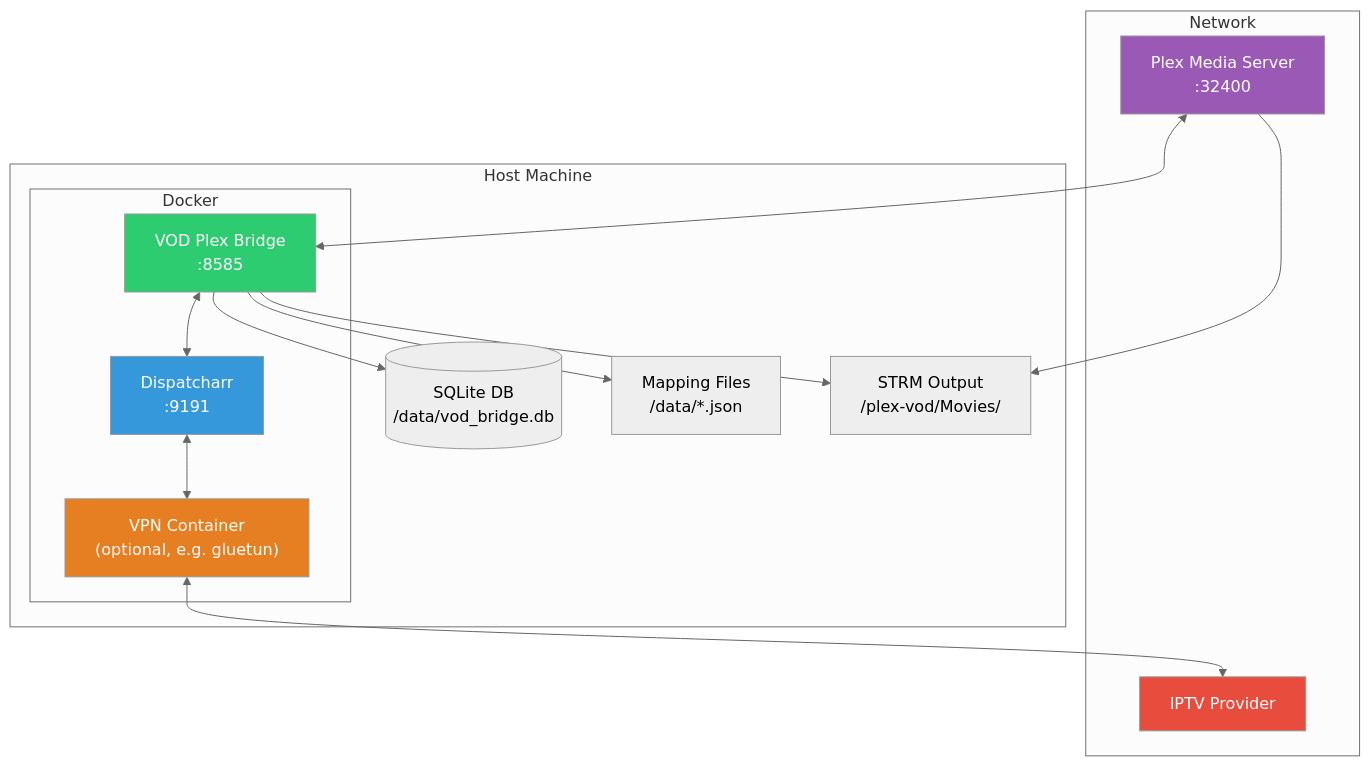
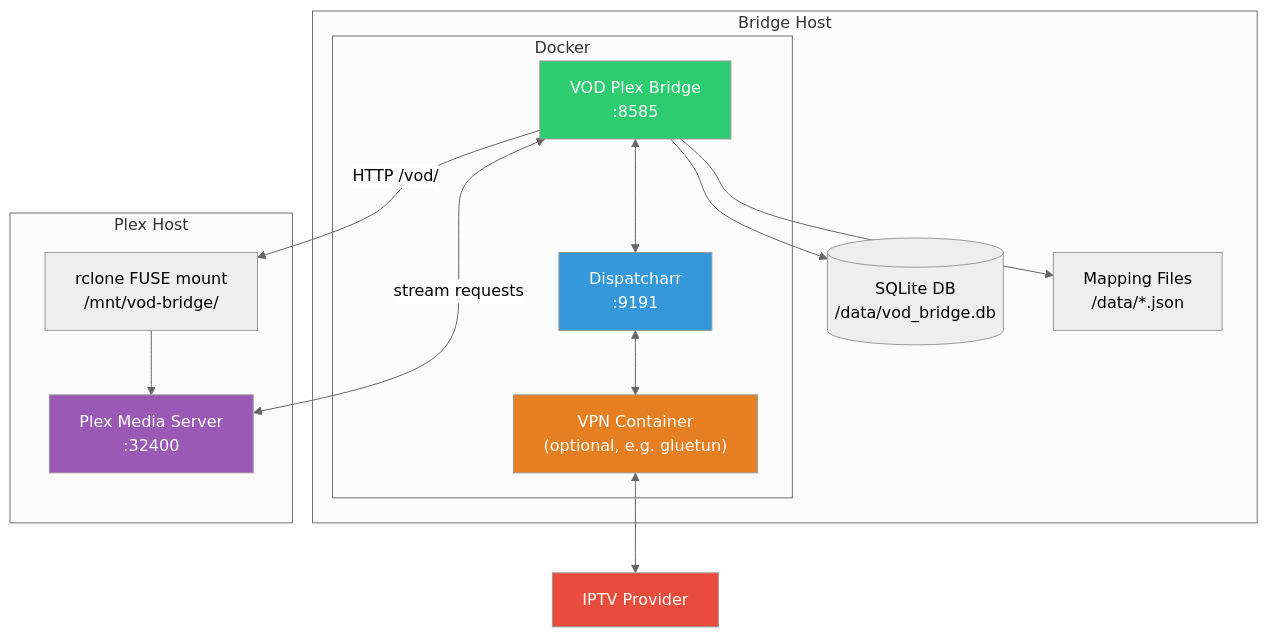
The second of 4 diagrams in README.md (knmplace/vod-plex-bridge), drawn with Mermaid (neutral theme) before and after one commit. The commit also changed other lines of this file and 1 other file, not shown here.

First line of the commit message:
Document rclone FUSE mount setup for Plex integration

````diff
--- a/README.md
+++ b/README.md
@@ -49,33 +51,34 @@
 ```mermaid
 graph TB
-    subgraph "Host Machine"
+    subgraph "Bridge Host"
         subgraph "Docker"
             B["VOD Plex Bridge<br/>:8585"]
             D["Dispatcharr<br/>:9191"]
             V["VPN Container<br/>(optional, e.g. gluetun)"]
         end
         DB[("SQLite DB<br/>/data/vod_bridge.db")]
         MAP["Mapping Files<br/>/data/*.json"]
-        STRM["STRM Output<br/>/plex-vod/Movies/"]
     end
 
-    subgraph "Network"
+    subgraph "Plex Host"
+        RC["rclone FUSE mount<br/>/mnt/vod-bridge/"]
         PLEX["Plex Media Server<br/>:32400"]
-        PROVIDER["IPTV Provider"]
     end
+
+    PROVIDER["IPTV Provider"]
 
     B --> DB
     B --> MAP
-    B --> STRM
     B <--> D
     D <--> V
     V <--> PROVIDER
-    PLEX --> STRM
-    PLEX <--> B
+    B -->|"HTTP /vod/"| RC
+    RC --> PLEX
+    PLEX <-->|"stream requests"| B
 
     style B fill:#2ecc71,color:#fff
     style D fill:#3498db,color:#fff
     style V fill:#e67e22,color:#fff
     style PLEX fill:#9b59b6,color:#fff
     style PROVIDER fill:#e74c3c,color:#fff
 ```
````
